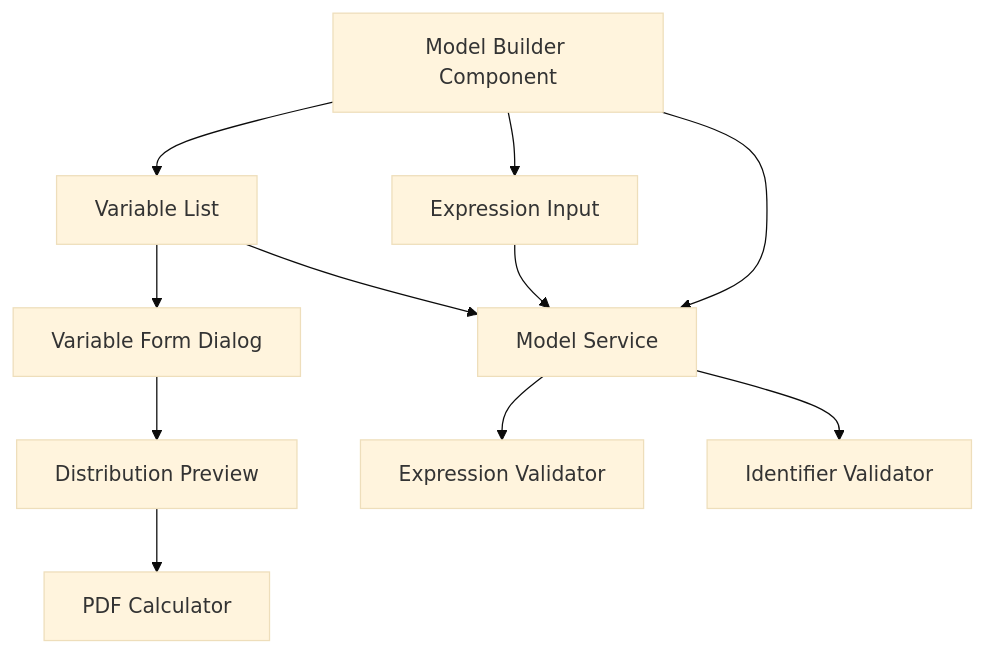
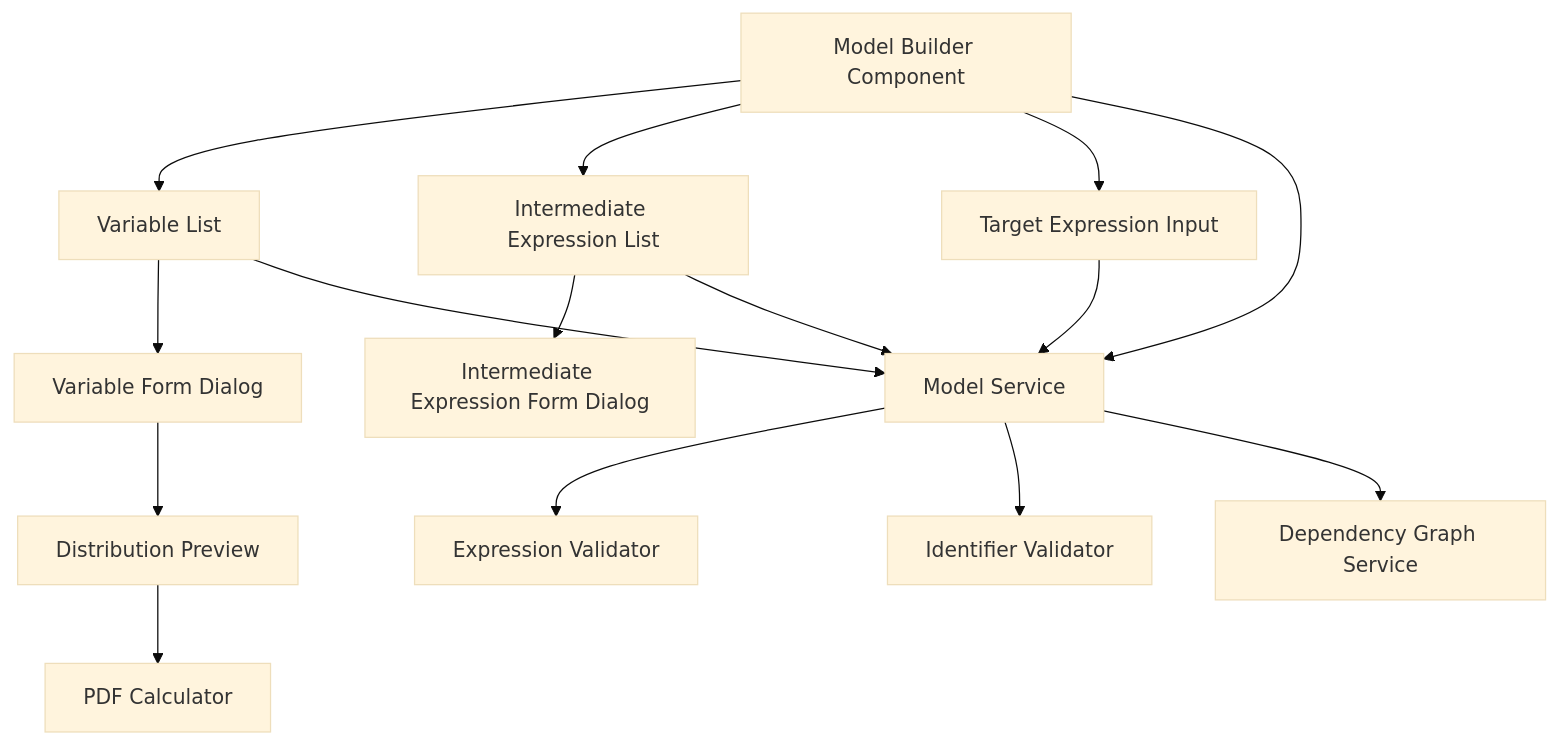
Before and after one commit to alxolr/montesimu: the first of 2 diagrams in docs/specs/monte-carlo-model-builder/design.md, drawn with Mermaid (base theme). The commit also changed other lines of this file and 5 other files, not shown here.

````diff
--- a/docs/specs/monte-carlo-model-builder/design.md
+++ b/docs/specs/monte-carlo-model-builder/design.md
@@ -19,18 +20,23 @@
 ```mermaid
 graph TD
     MB[Model Builder Component]
     
     MB --> VL[Variable List]
-    MB --> EI[Expression Input]
+    MB --> IEL[Intermediate Expression List]
+    MB --> TEI[Target Expression Input]
     
     VL --> VF[Variable Form Dialog]
     VF --> DP[Distribution Preview]
     
+    IEL --> IEF[Intermediate Expression Form Dialog]
+    
     MB --> MS[Model Service]
     VL --> MS
-    EI --> MS
+    IEL --> MS
+    TEI --> MS
     
     MS --> EV[Expression Validator]
     MS --> IV[Identifier Validator]
+    MS --> DG[Dependency Graph Service]
     DP --> PC[PDF Calculator]
 ```
````
